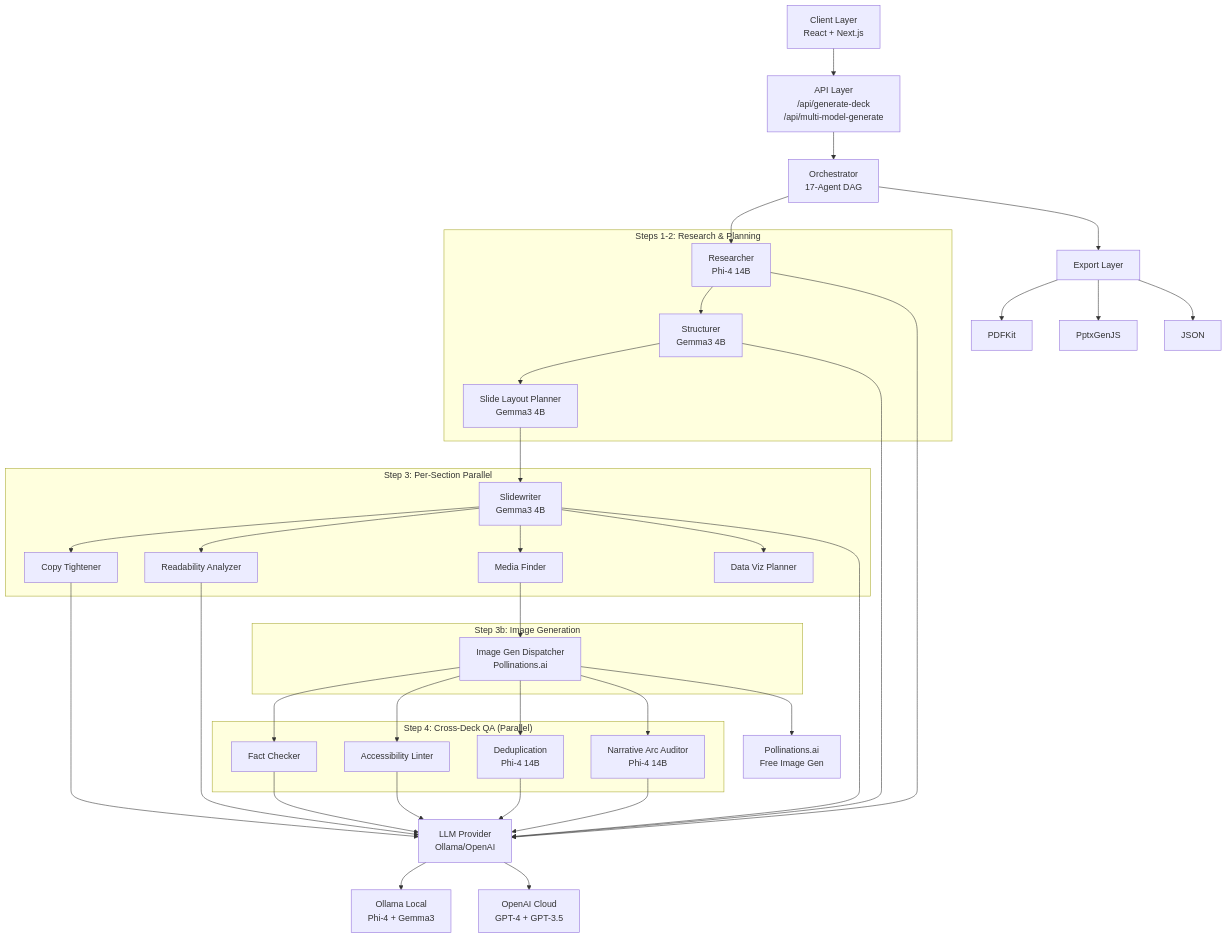
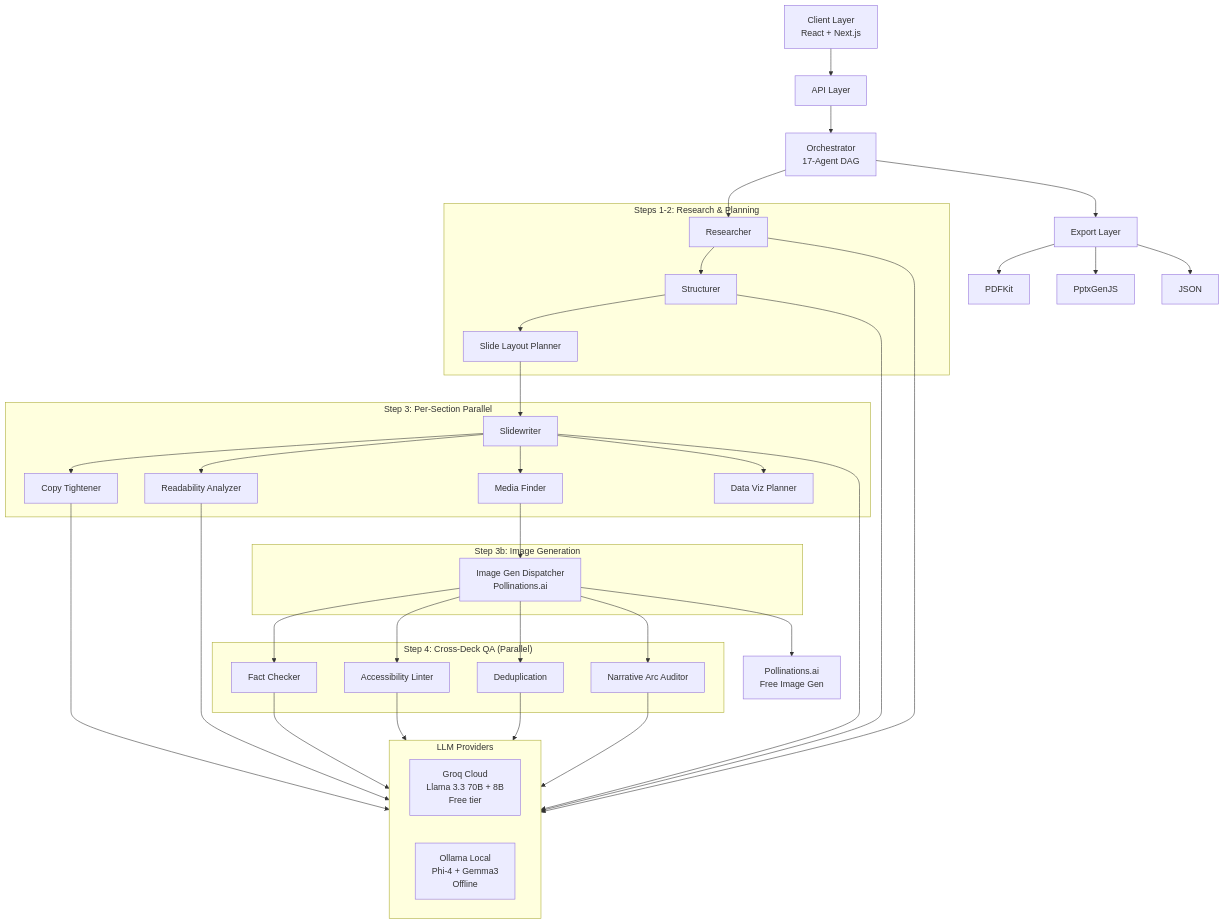
One commit to aryankumawat/SlideSmith-Multi-Agent-AI-Slide-Maker- changed the diagram in README.md. Above: the diagram before and after it, drawn with Mermaid. The commit also changed other lines of this file, not shown here.

First line of the commit message:
docs: rewrite README with Groq setup, current architecture, and accurate model routing

````diff
--- a/README.md
+++ b/README.md
@@ -102,47 +105,49 @@
 ```mermaid
 graph TB
-    Client[Client Layer<br/>React + Next.js] --> API[API Layer<br/>/api/generate-deck<br/>/api/multi-model-generate]
+    Client[Client Layer<br/>React + Next.js] --> API[API Layer]
 
     API --> Orchestrator[Orchestrator<br/>17-Agent DAG]
 
     subgraph Step1_2["Steps 1-2: Research & Planning"]
-        A1[Researcher<br/>Phi-4 14B]
-        A2[Structurer<br/>Gemma3 4B]
-        A14[Slide Layout Planner<br/>Gemma3 4B]
+        A1[Researcher]
+        A2[Structurer]
+        A14[Slide Layout Planner]
     end
 
     subgraph Step3["Step 3: Per-Section Parallel"]
-        A3[Slidewriter<br/>Gemma3 4B]
+        A3[Slidewriter]
         A5[Copy Tightener]
         A9[Readability Analyzer]
         A7[Media Finder]
         A6b[Data Viz Planner]
     end
 
     subgraph Step3b["Step 3b: Image Generation"]
         A15[Image Gen Dispatcher<br/>Pollinations.ai]
     end
 
     subgraph Step4["Step 4: Cross-Deck QA (Parallel)"]
         A4[Fact Checker]
         A6[Accessibility Linter]
-        A16[Deduplication<br/>Phi-4 14B]
-        A17[Narrative Arc Auditor<br/>Phi-4 14B]
+        A16[Deduplication]
+        A17[Narrative Arc Auditor]
+    end
+
+    subgraph LLMLayer["LLM Providers"]
+        Groq[Groq Cloud<br/>Llama 3.3 70B + 8B<br/>Free tier]
+        Ollama[Ollama Local<br/>Phi-4 + Gemma3<br/>Offline]
     end
 
     Orchestrator --> A1 --> A2 --> A14 --> A3
     A3 --> A5 & A9 & A7 & A6b
     A7 --> A15
     A15 --> A4 & A6 & A16 & A17
 
-    A1 & A2 & A3 & A4 & A5 & A6 & A9 & A16 & A17 --> LLM[LLM Provider<br/>Ollama/OpenAI]
+    A1 & A2 & A3 & A4 & A5 & A6 & A9 & A16 & A17 --> LLMLayer
     A15 --> Pollinations[Pollinations.ai<br/>Free Image Gen]
-
-    LLM --> Ollama[Ollama Local<br/>Phi-4 + Gemma3]
-    LLM --> OpenAI[OpenAI Cloud<br/>GPT-4 + GPT-3.5]
 
     Orchestrator --> Export[Export Layer]
     Export --> PDF[PDFKit]
     Export --> PPTX[PptxGenJS]
     Export --> JSON[JSON]
 ```
````
